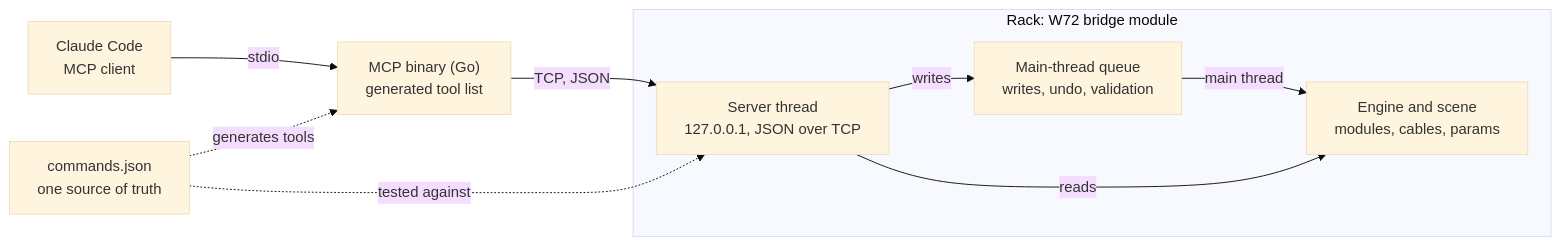
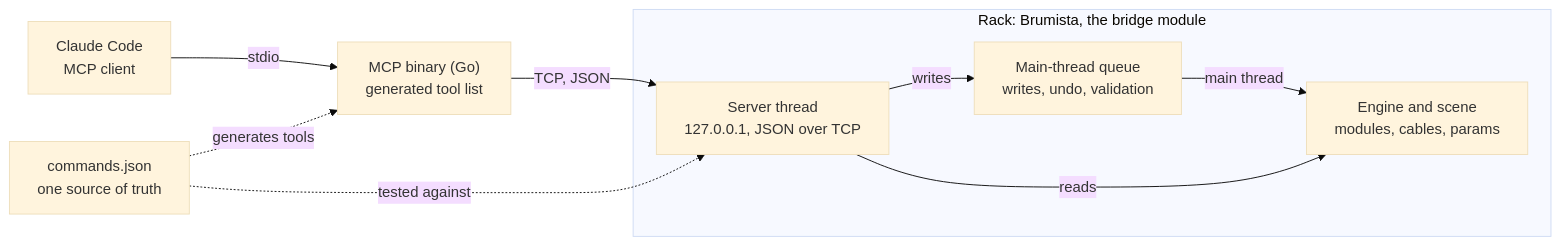
One commit to sensolab/w72-rack-plugin changed the diagram in docs/architecture.md. Above: the diagram before and after it, drawn with Mermaid (base theme). The commit also changed other lines of this file and 2 other files, not shown here.

First line of the commit message:
docs: record Brumista as the bridge module's name

````diff
--- a/docs/architecture.md
+++ b/docs/architecture.md
@@ -9,12 +9,12 @@
 ```mermaid
 flowchart LR
     client["Claude Code<br/>MCP client"] -- stdio --> bin["MCP binary (Go)<br/>generated tool list"]
     bin -- "TCP, JSON" --> server
     cmds["commands.json<br/>one source of truth"] -. generates tools .-> bin
     cmds -. tested against .-> server
-    subgraph rack["Rack: W72 bridge module"]
+    subgraph rack["Rack: Brumista, the bridge module"]
         server["Server thread<br/>127.0.0.1, JSON over TCP"] -- writes --> queue["Main-thread queue<br/>writes, undo, validation"]
         queue -- main thread --> engine["Engine and scene<br/>modules, cables, params"]
         server -- reads --> engine
     end
 ```
````
